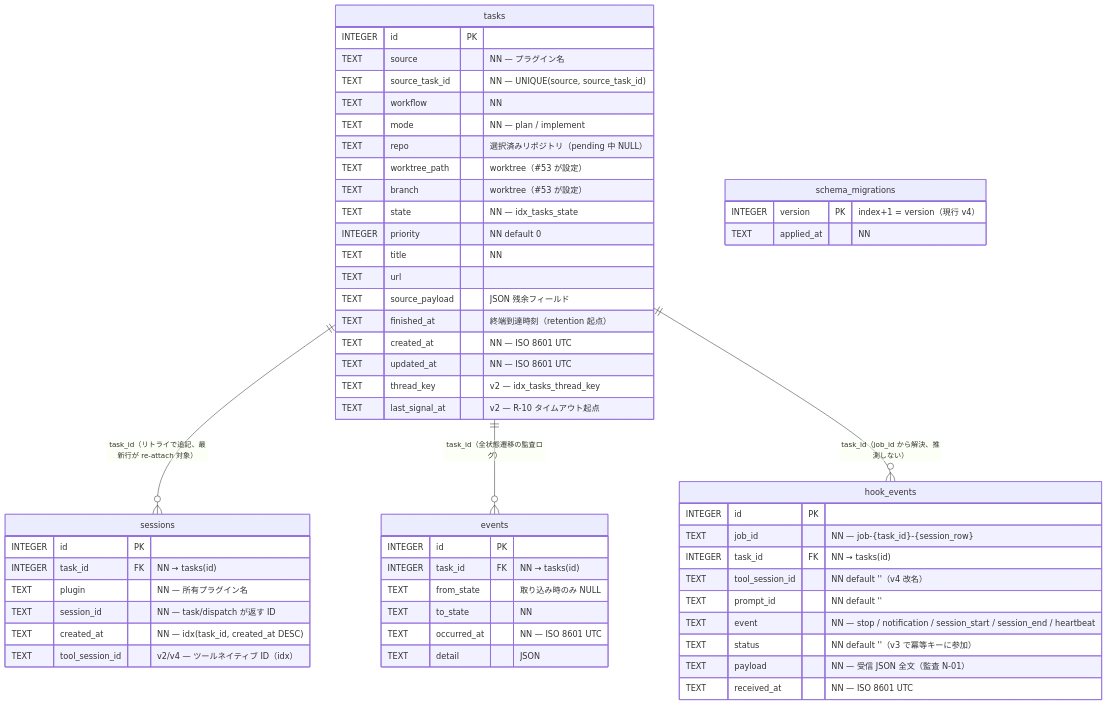
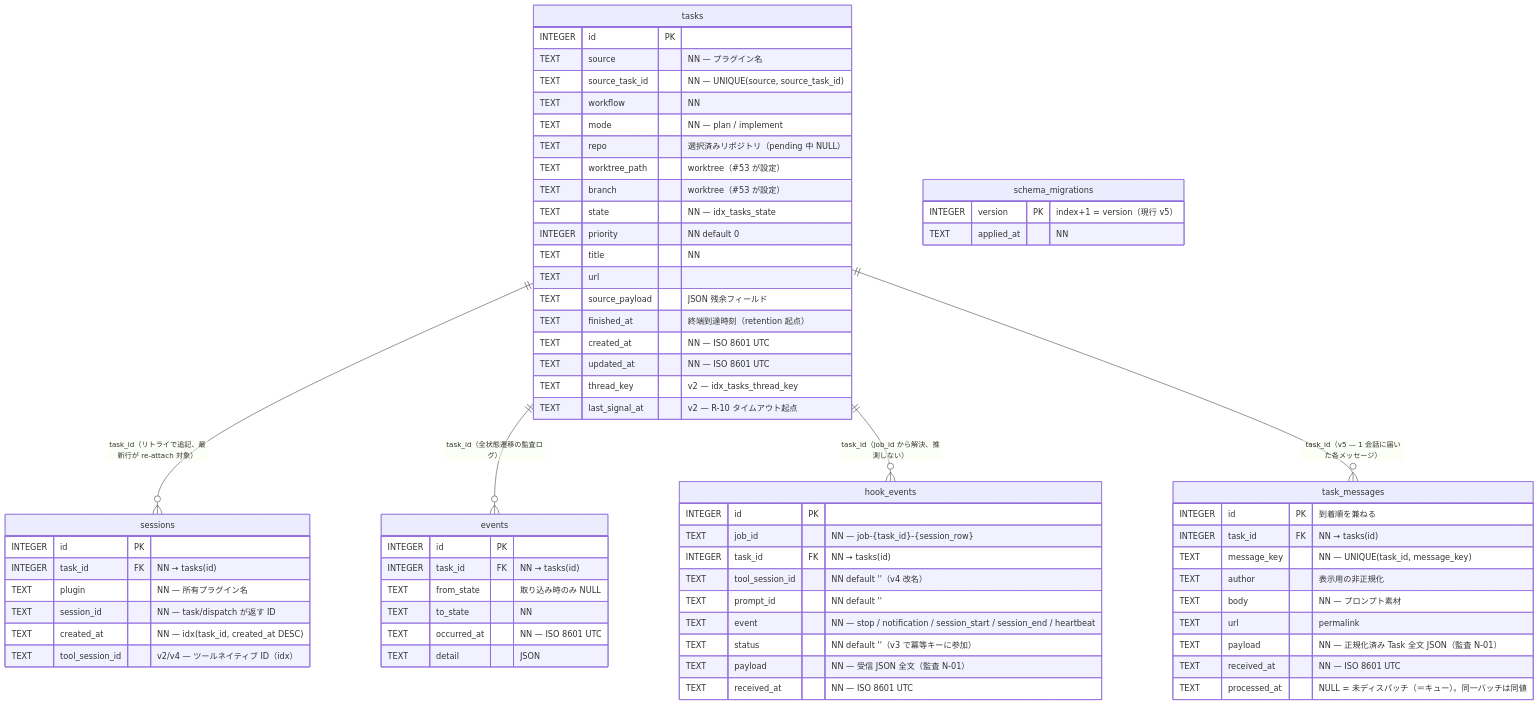
The diagram in docs/data/state-db.md (tomoya-k31/totsuka), drawn with Mermaid before and after one commit. The commit also changed other lines of this file and 3 other files, not shown here.

First line of the commit message:
feat(core): state.db v5 — task_messages（会話メッセージ台帳） (#271)

````diff
--- a/docs/data/state-db.md
+++ b/docs/data/state-db.md
@@ -22,62 +22,75 @@
 ```mermaid
 erDiagram
     tasks ||--o{ sessions : "task_id（リトライで追記、最新行が re-attach 対象）"
     tasks ||--o{ events : "task_id（全状態遷移の監査ログ）"
     tasks ||--o{ hook_events : "task_id（job_id から解決、推測しない）"
+    tasks ||--o{ task_messages : "task_id（v5 — 1 会話に届いた各メッセージ）"
 
     tasks {
         INTEGER id PK
         TEXT source "NN — プラグイン名"
         TEXT source_task_id "NN — UNIQUE(source, source_task_id)"
         TEXT workflow "NN"
         TEXT mode "NN — plan / implement"
         TEXT repo "選択済みリポジトリ（pending 中 NULL）"
         TEXT worktree_path "worktree（#53 が設定）"
         TEXT branch "worktree（#53 が設定）"
         TEXT state "NN — idx_tasks_state"
         INTEGER priority "NN default 0"
         TEXT title "NN"
         TEXT url
         TEXT source_payload "JSON 残余フィールド"
         TEXT finished_at "終端到達時刻（retention 起点）"
         TEXT created_at "NN — ISO 8601 UTC"
         TEXT updated_at "NN — ISO 8601 UTC"
         TEXT thread_key "v2 — idx_tasks_thread_key"
         TEXT last_signal_at "v2 — R-10 タイムアウト起点"
     }
 
     sessions {
         INTEGER id PK
         INTEGER task_id FK "NN → tasks(id)"
         TEXT plugin "NN — 所有プラグイン名"
         TEXT session_id "NN — task/dispatch が返す ID"
         TEXT created_at "NN — idx(task_id, created_at DESC)"
         TEXT tool_session_id "v2/v4 — ツールネイティブ ID（idx）"
     }
 
     events {
         INTEGER id PK
         INTEGER task_id FK "NN → tasks(id)"
         TEXT from_state "取り込み時のみ NULL"
         TEXT to_state "NN"
         TEXT occurred_at "NN — ISO 8601 UTC"
         TEXT detail "JSON"
     }
 
     hook_events {
         INTEGER id PK
         TEXT job_id "NN — job-{task_id}-{session_row}"
         INTEGER task_id FK "NN → tasks(id)"
         TEXT tool_session_id "NN default ''（v4 改名）"
         TEXT prompt_id "NN default ''"
         TEXT event "NN — stop / notification / session_start / session_end / heartbeat"
         TEXT status "NN default ''（v3 で冪等キーに参加）"
         TEXT payload "NN — 受信 JSON 全文（監査 N-01）"
         TEXT received_at "NN — ISO 8601 UTC"
     }
 
+    task_messages {
+        INTEGER id PK "到着順を兼ねる"
+        INTEGER task_id FK "NN → tasks(id)"
+        TEXT message_key "NN — UNIQUE(task_id, message_key)"
+        TEXT author "表示用の非正規化"
+        TEXT body "NN — プロンプト素材"
+        TEXT url "permalink"
+        TEXT payload "NN — 正規化済み Task 全文 JSON（監査 N-01）"
+        TEXT received_at "NN — ISO 8601 UTC"
+        TEXT processed_at "NULL = 未ディスパッチ（＝キュー）。同一バッチは同値"
+    }
+
     schema_migrations {
-        INTEGER version PK "index+1 = version（現行 v4）"
+        INTEGER version PK "index+1 = version（現行 v5）"
         TEXT applied_at "NN"
     }
 ```
````
